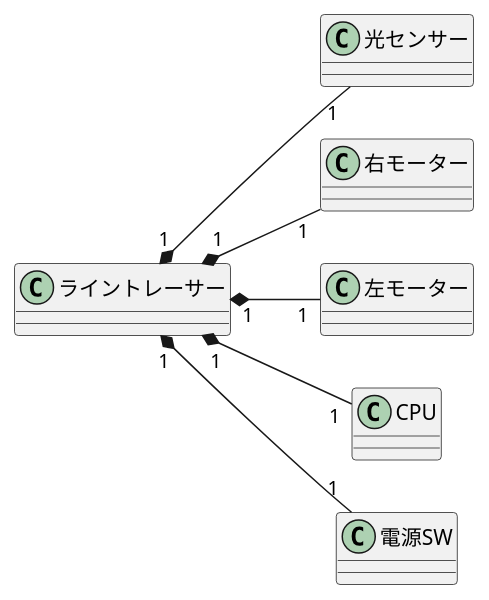
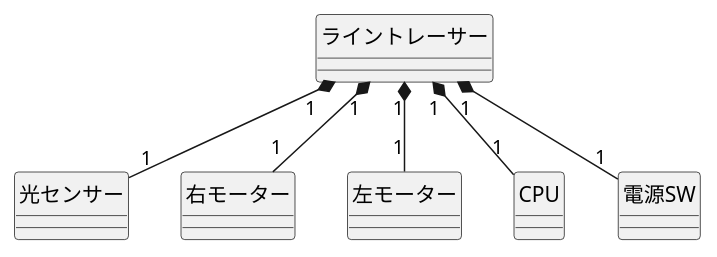
Before and after one commit to papipuponpon/uml-introduction: the diagram in 演習6-5-1_クラス図_ライントレーサー.pu, drawn with PlantUML. The commit also changed 2 other files, not shown here.

```diff
--- a/演習6-5-1_クラス図_ライントレーサー.pu
+++ b/演習6-5-1_クラス図_ライントレーサー.pu
@@ -1,15 +1,27 @@
 @startuml
-left to right direction
+    class ライントレーサー{
 
-class ライントレーサー{}
-class 光センサー{}
-class 右モーター{}
-class 左モーター{}
-class CPU{}
-class 電源SW{}
-ライントレーサー "1" *--"1"右モーター
-ライントレーサー "1" *--"1"光センサー
-ライントレーサー  "1" *--"1"左モーター
-ライントレーサー  "1" *--"1"CPU
-ライントレーサー  "1" *--"1"電源SW
+    }
+    class 光センサー{
+
+    }
+    class 右モーター{
+
+    }
+    class 左モーター{
+
+    }
+    class CPU{
+
+    }
+    class 電源SW{
+
+    }
+    
+    ライントレーサー "1" *-- "1" 光センサー
+    ライントレーサー "1" *-- "1" 右モーター
+    ライントレーサー "1" *-- "1" 左モーター
+    ライントレーサー "1" *-- "1" CPU
+    ライントレーサー "1" *-- "1" 電源SW
+    hide circle
 @enduml
```
